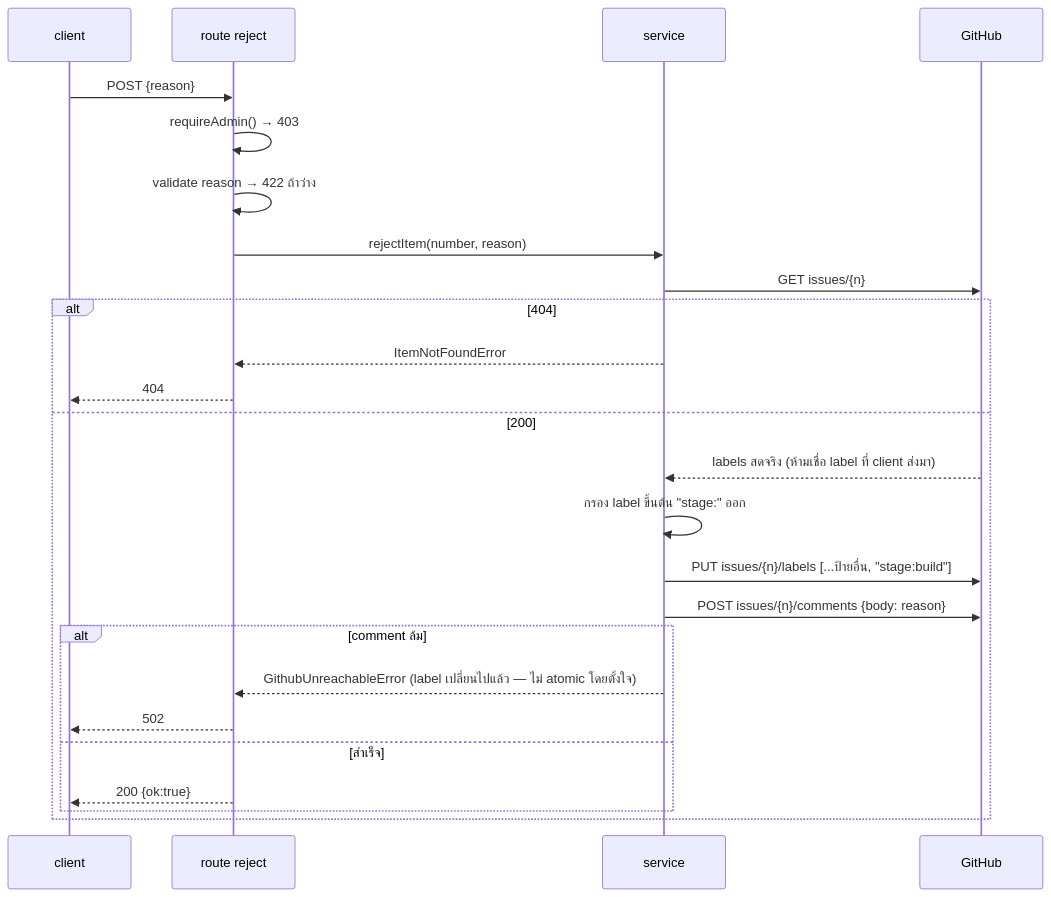
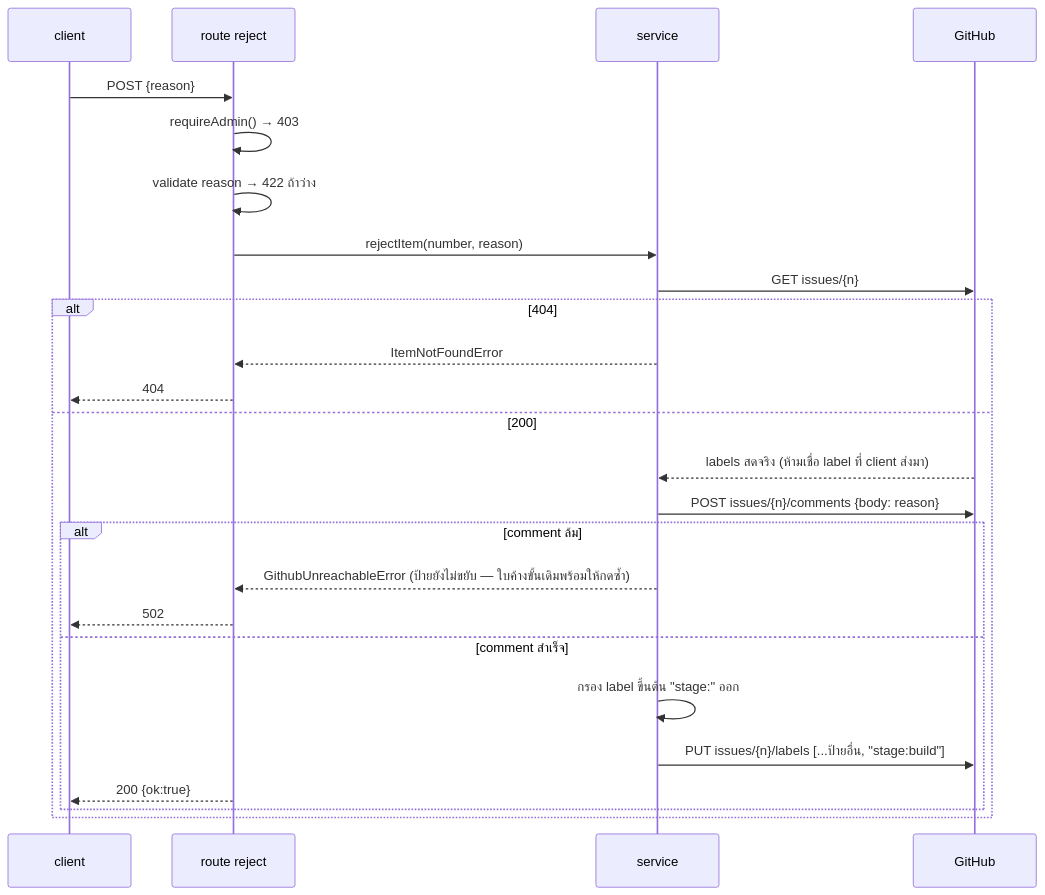
Before and after one commit to CodeCooLTH/deep-web: the diagram in docs/20 - Features/00049 - AI Command Center/API.md, drawn with Mermaid. The commit also changed other lines of this file and 1 other file, not shown here.

````diff
--- a/docs/20 - Features/00049 - AI Command Center/API.md
+++ b/docs/20 - Features/00049 - AI Command Center/API.md
@@ -208,27 +210,27 @@
 ```mermaid
 sequenceDiagram
     participant C as client
     participant R as route reject
     participant S as service
     participant GH as GitHub
     C->>R: POST {reason}
     R->>R: requireAdmin() → 403
     R->>R: validate reason → 422 ถ้าว่าง
     R->>S: rejectItem(number, reason)
     S->>GH: GET issues/{n}
     alt 404
         S-->>R: ItemNotFoundError
         R-->>C: 404
     else 200
         GH-->>S: labels สดจริง (ห้ามเชื่อ label ที่ client ส่งมา)
-        S->>S: กรอง label ขึ้นต้น "stage:" ออก
-        S->>GH: PUT issues/{n}/labels [...ป้ายอื่น, "stage:build"]
         S->>GH: POST issues/{n}/comments {body: reason}
         alt comment ล้ม
-            S-->>R: GithubUnreachableError (label เปลี่ยนไปแล้ว — ไม่ atomic โดยตั้งใจ)
+            S-->>R: GithubUnreachableError (ป้ายยังไม่ขยับ — ใบค้างขั้นเดิมพร้อมให้กดซ้ำ)
             R-->>C: 502
-        else สำเร็จ
+        else comment สำเร็จ
+            S->>S: กรอง label ขึ้นต้น "stage:" ออก
+            S->>GH: PUT issues/{n}/labels [...ป้ายอื่น, "stage:build"]
             R-->>C: 200 {ok:true}
         end
     end
 ```
````
